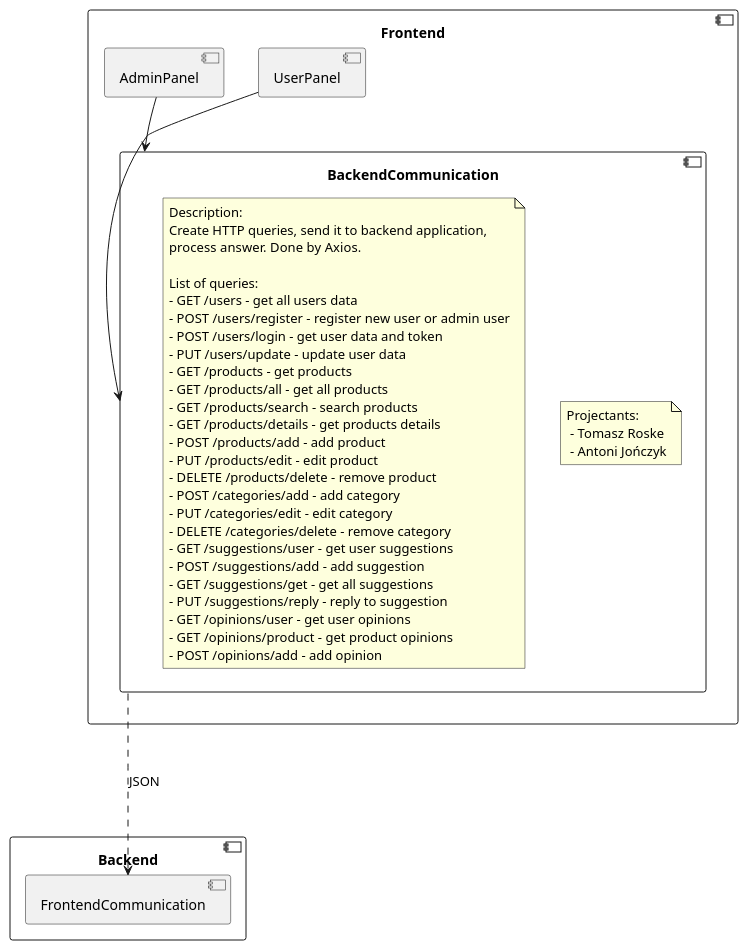
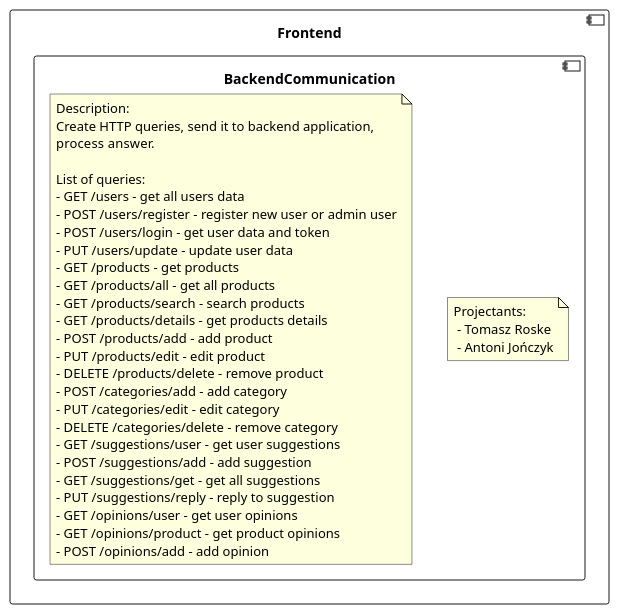
Before and after one commit to RadekBucki/OpinionCollectorArchitecture: the first of 2 diagrams in frontend/BackendCommunication.md, drawn with PlantUML. The commit also changed other lines of this file, not shown here.

Commit message:
BackendCommunication description

````diff
--- a/frontend/BackendCommunication.md
+++ b/frontend/BackendCommunication.md
@@ -3,57 +3,42 @@
 ```plantuml
 @startuml
     
-component Frontend {
-    component UserPanel {
-    }
-    
-    component AdminPanel {
-    }
-    
+component Frontend {    
     component BackendCommunication {
         note as Authors
             Projectants: 
              - Tomasz Roske
              - Antoni Jończyk
         endnote
         note as Description
             Description: 
             Create HTTP queries, send it to backend application,
-            process answer. Done by Axios.
+            process answer.
             
             List of queries:
             - GET /users - get all users data
             - POST /users/register - register new user or admin user
             - POST /users/login - get user data and token
             - PUT /users/update - update user data
             - GET /products - get products
             - GET /products/all - get all products
             - GET /products/search - search products
             - GET /products/details - get products details
             - POST /products/add - add product
             - PUT /products/edit - edit product
             - DELETE /products/delete - remove product
             - POST /categories/add - add category
             - PUT /categories/edit - edit category
             - DELETE /categories/delete - remove category
             - GET /suggestions/user - get user suggestions
             - POST /suggestions/add - add suggestion
             - GET /suggestions/get - get all suggestions
             - PUT /suggestions/reply - reply to suggestion
             - GET /opinions/user - get user opinions
             - GET /opinions/product - get product opinions
             - POST /opinions/add - add opinion
         endnote
     }
-    AdminPanel            --> BackendCommunication
-    UserPanel             --> BackendCommunication
 }
-
-component Backend {
-    component FrontendCommunication {
-    }
-}
-
-BackendCommunication --.> FrontendCommunication: JSON
 @enduml 
 ```
````
